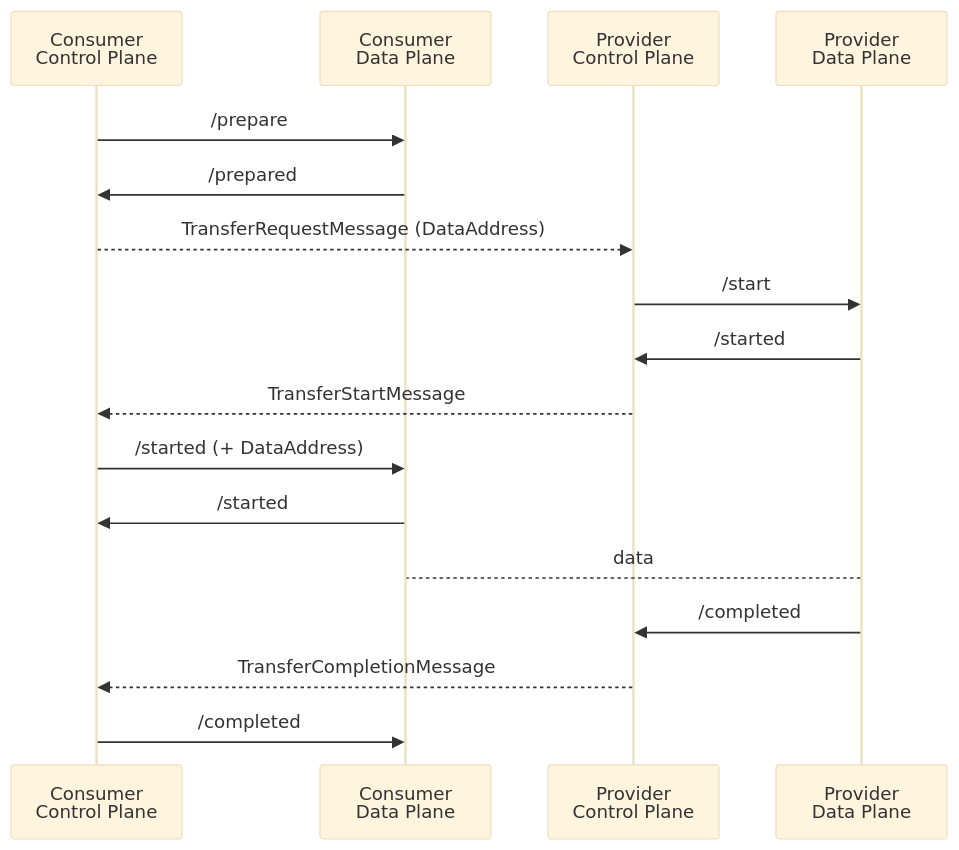
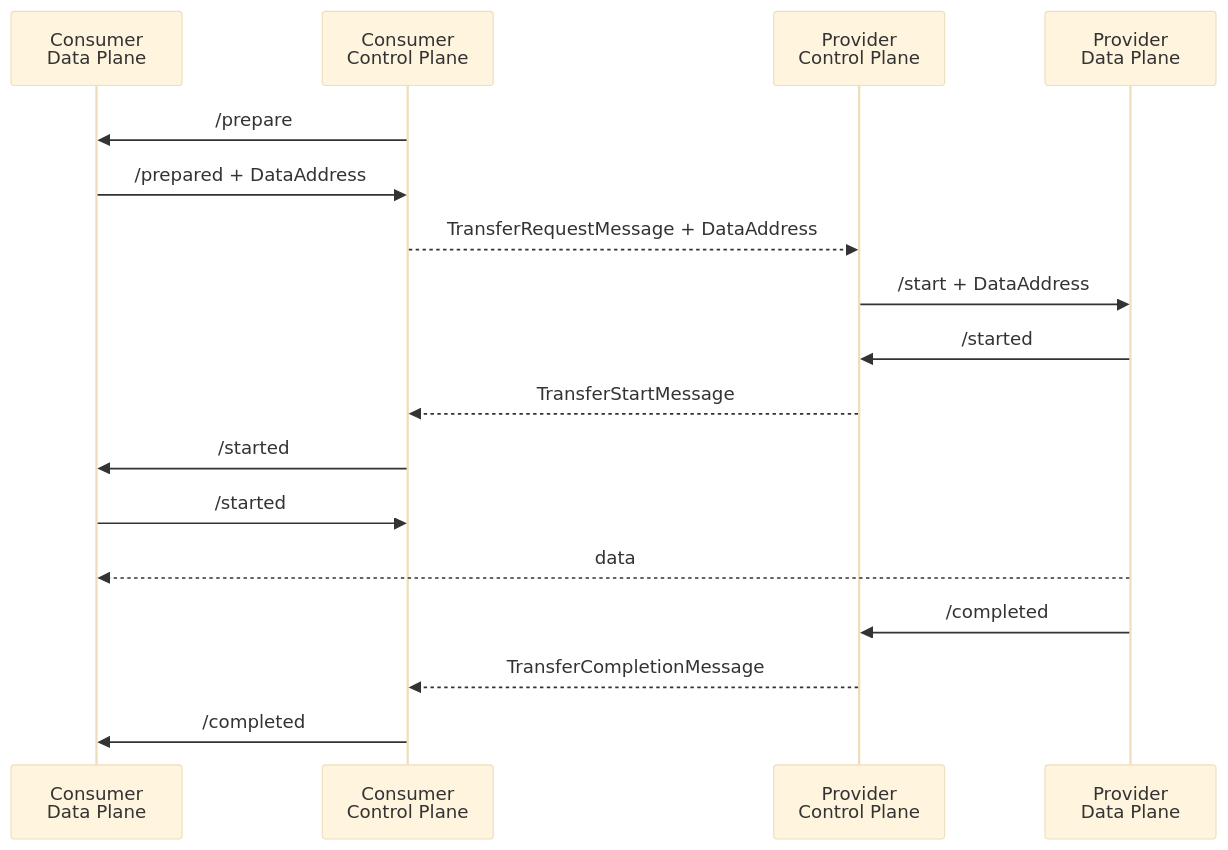
Before and after one commit to eclipse-dataplane-signaling/dataplane-signaling: the third of 5 diagrams in docs/signaling.md, drawn with Mermaid (base theme). The commit also changed other lines of this file, not shown here.

Commit message:
fix: DataAddress in diagrams (#40)

````diff
--- a/docs/signaling.md
+++ b/docs/signaling.md
@@ -159,19 +159,19 @@
 ```mermaid
 sequenceDiagram
+    participant cdp as Consumer<br/>Data Plane
     participant ccp as Consumer<br/>Control Plane
-    participant cdp as Consumer<br/>Data Plane
     participant pcp as Provider<br/>Control Plane
     participant pdp as Provider<br/>Data Plane
     ccp ->> cdp: /prepare
-    cdp ->> ccp: /prepared
-    ccp -->> pcp: TransferRequestMessage (DataAddress)
-    pcp ->> pdp: /start
+    cdp ->> ccp: /prepared + DataAddress
+    ccp -->> pcp: TransferRequestMessage + DataAddress
+    pcp ->> pdp: /start + DataAddress
     pdp ->> pcp: /started
     pcp -->> ccp: TransferStartMessage
-    ccp ->> cdp: /started (+ DataAddress)
+    ccp ->> cdp: /started
     cdp ->> ccp: /started
-    pdp --> cdp: data
+    pdp -->> cdp: data
     pdp ->> pcp: /completed
     pcp -->> ccp: TransferCompletionMessage
     ccp ->> cdp: /completed
 ```
````
